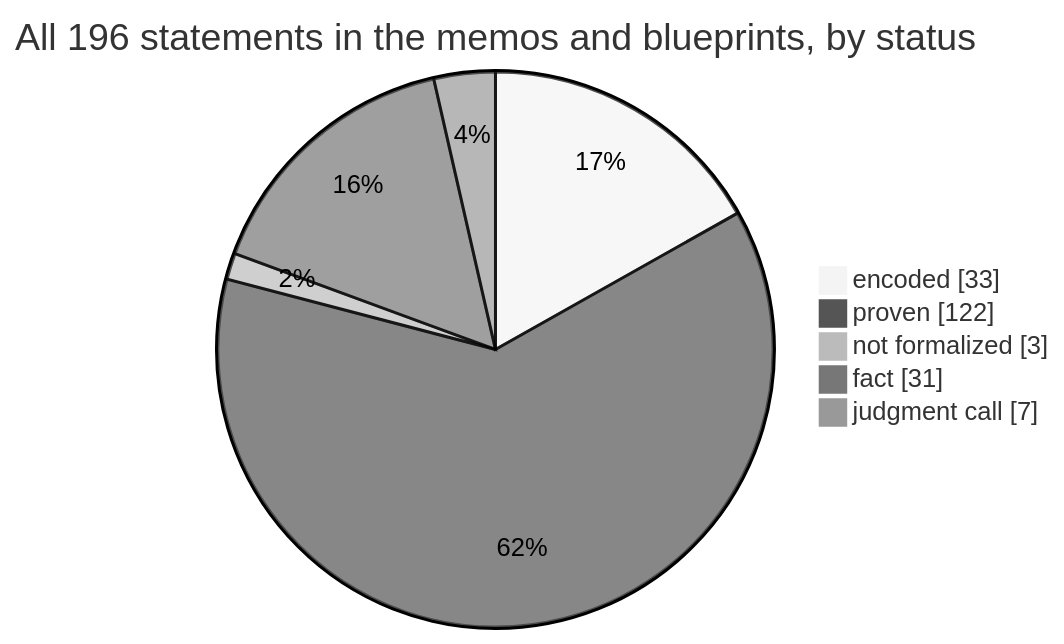
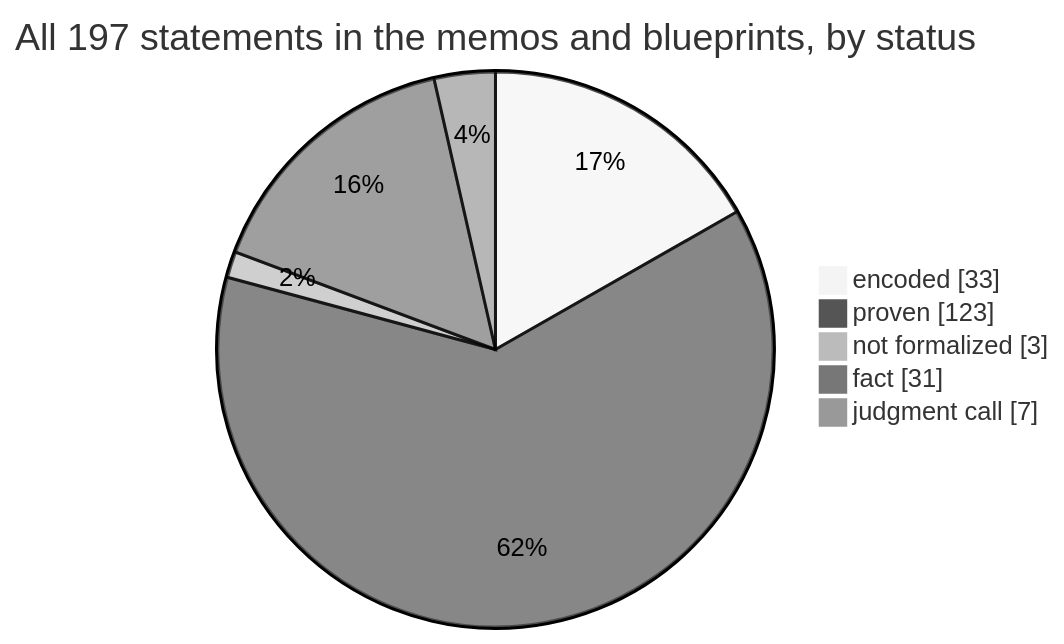
Before and after one commit to SeanWMurray/Canteen: the first of 4 diagrams in docs/graphs/dashboard.md, drawn with Mermaid (neutral theme). The commit also changed other lines of this file and 16 other files, not shown here.

````diff
--- a/docs/graphs/dashboard.md
+++ b/docs/graphs/dashboard.md
@@ -11,8 +11,8 @@
 ```mermaid
-pie showData title All 196 statements in the memos and blueprints, by status
+pie showData title All 197 statements in the memos and blueprints, by status
     "encoded" : 33
-    "proven" : 122
+    "proven" : 123
     "not formalized" : 3
     "fact" : 31
     "judgment call" : 7
 ```
````
